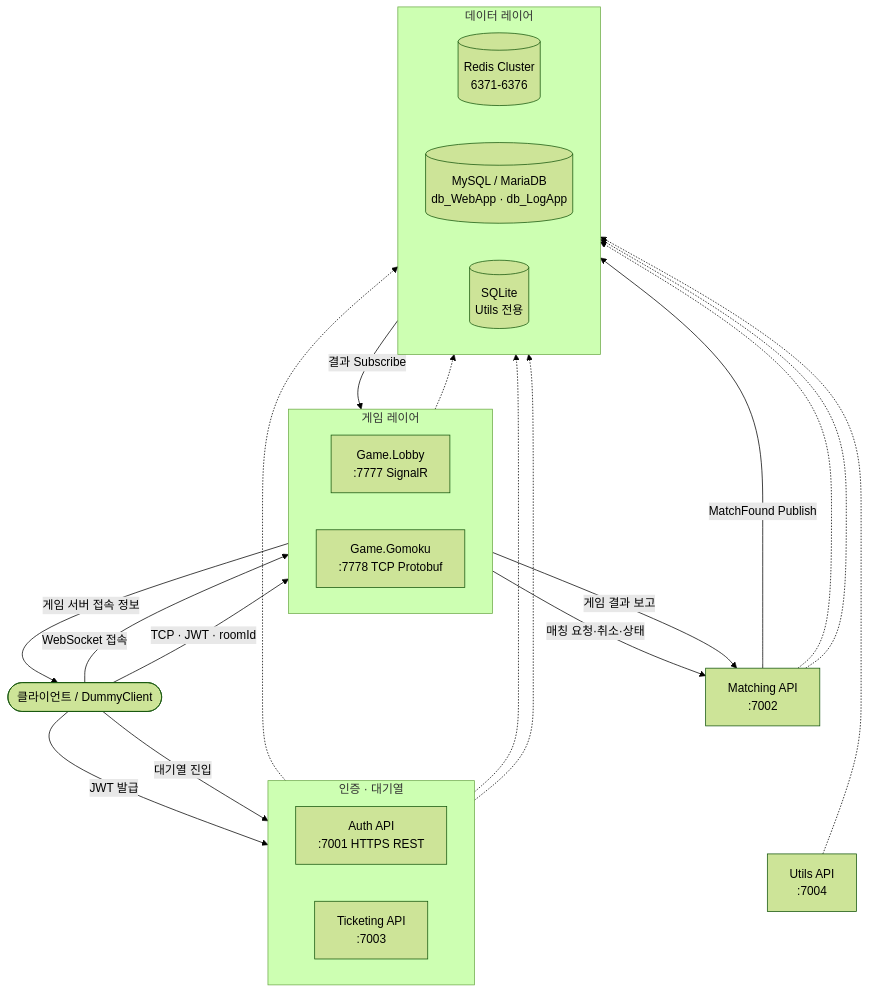
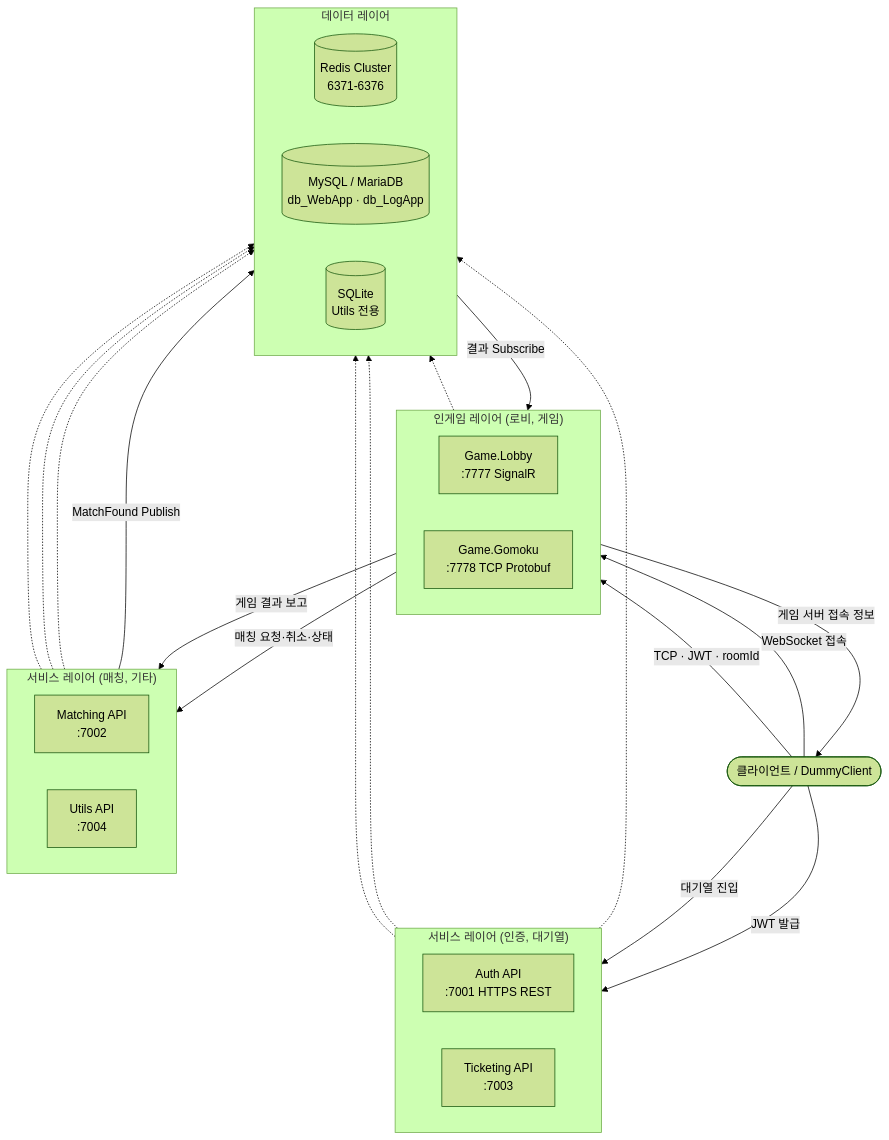
Before and after one commit to rumdice/platformA: the first of 2 diagrams in README.md, drawn with Mermaid (forest theme). The commit also changed 1 other file, not shown here.

Commit message:
docs: 아키텍처 다이어그램 레이어 명칭 및 구조 개선

````diff
--- a/README.md
+++ b/README.md
@@ -19,45 +19,47 @@
 ```mermaid
 flowchart TB
     Client(["클라이언트 / DummyClient"])
 
-    subgraph AuthQ["인증 · 대기열"]
+    subgraph AuthQ["서비스 레이어 (인증, 대기열)"]
         direction LR
         Auth["Auth API\n:7001 HTTPS REST"]
         Ticket["Ticketing API\n:7003"]
     end
 
-    subgraph GameLayer["게임 레이어"]
+    subgraph GameLayer["인게임 레이어 (로비, 게임)"]
         direction LR
         Lobby["Game.Lobby\n:7777 SignalR"]
         Gomoku["Game.Gomoku\n:7778 TCP Protobuf"]
     end
 
-    Match["Matching API\n:7002"]
-    Utils["Utils API\n:7004"]
+    subgraph SvcEtc["서비스 레이어 (매칭, 기타)"]
+        direction LR
+        Match["Matching API\n:7002"]
+        Utils["Utils API\n:7004"]
+    end
 
     subgraph Data["데이터 레이어"]
         direction LR
         Redis[("Redis Cluster\n6371-6376")]
         MySQL[("MySQL / MariaDB\ndb_WebApp · db_LogApp")]
         SQLite[("SQLite\nUtils 전용")]
     end
 
     Client -->|JWT 발급| Auth
     Client -->|대기열 진입| Ticket
     Ticket ~~~ Lobby
     Client -->|WebSocket 접속| Lobby
     Lobby -->|게임 서버 접속 정보| Client
     Client -->|TCP · JWT · roomId| Gomoku
 
     Lobby -->|매칭 요청·취소·상태| Match
     Match -->|MatchFound Publish| Redis
     Redis -->|결과 Subscribe| Lobby
     Gomoku -->|게임 결과 보고| Match
-    Match ~~~ Utils
 
     Auth -.-> Redis & MySQL
     Ticket -.-> Redis
     Match -.-> Redis & MySQL
     Gomoku -.-> Redis
     Utils -.-> SQLite
 ```
````
